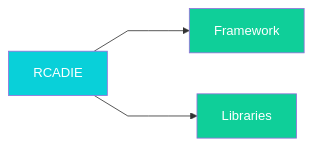
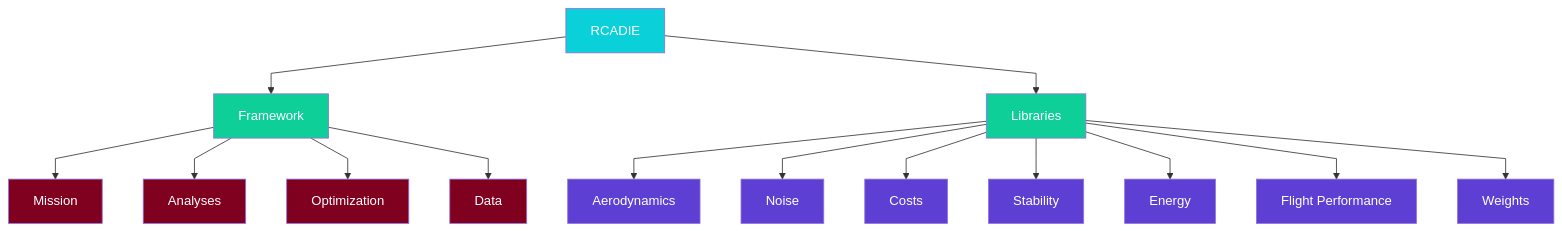
Before and after one commit to ssankalp26/RCAIDE_Deployment: the second of 2 diagrams in README.md, drawn with Mermaid. The commit also changed 15 other files, not shown here.

````diff
--- a/README.md
+++ b/README.md
@@ -43,14 +43,41 @@
 ```mermaid
 %%{init: {'flowchart': {'curve': 'linear', 'nodeSpacing': 50, 'rankSpacing': 50}}}%%
-flowchart LR
-    RCADIE[RCADIE]
-    Framework[Framework]
-    Libraries[Libraries]
+flowchart TB
+    RCADIE[RCADIE] --> Framework
+    RCADIE --> Libraries
     
-    RCADIE ---> Framework
-    RCADIE ---> Libraries
-
+    %% Framework components
+    Framework --> Mission
+    Framework --> Analyses
+    Framework --> Optimization
+    Framework --> Data
+    
+    %% Library components
+    Libraries --> Aerodynamics
+    Libraries --> Noise
+    Libraries --> Costs
+    Libraries --> Stability
+    Libraries --> Energy
+    Libraries --> FlightPerf[Flight Performance]
+    Libraries --> Weights
+    
+    %% Styling
     style RCADIE fill:#09d0d9,color:#fff
     style Framework fill:#0fcf99,color:#fff
     style Libraries fill:#0fcf99,color:#fff
+    
+    %% Framework children styling - Burgundy
+    style Mission fill:#800020,color:#fff
+    style Analyses fill:#800020,color:#fff
+    style Optimization fill:#800020,color:#fff
+    style Data fill:#800020,color:#fff
+    
+    %% Libraries children styling - Purple
+    style Aerodynamics fill:#5D3FD3,color:#fff
+    style Noise fill:#5D3FD3,color:#fff
+    style Costs fill:#5D3FD3,color:#fff
+    style Stability fill:#5D3FD3,color:#fff
+    style Energy fill:#5D3FD3,color:#fff
+    style FlightPerf fill:#5D3FD3,color:#fff
+    style Weights fill:#5D3FD3,color:#fff
 ```
````
